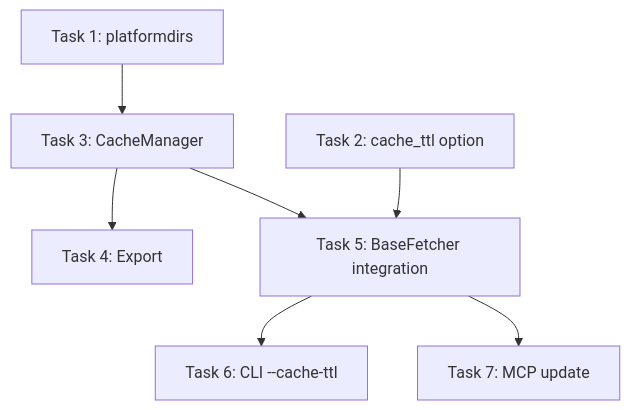
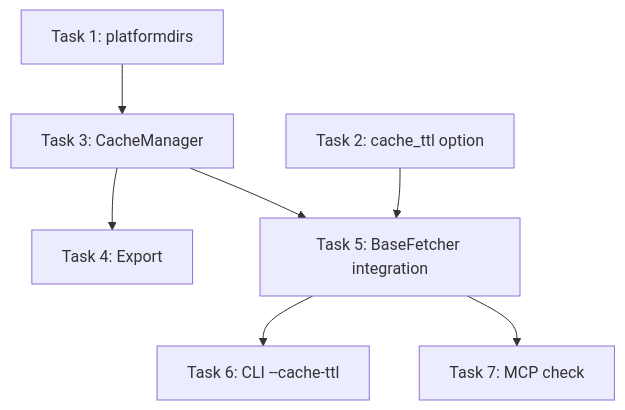
One commit to sentosango/conget changed the diagram in .ai-factory/plans/feature-cache-manager.md. Above: the diagram before and after it, drawn with Mermaid. The commit also changed other lines of this file, not shown here.

Commit message:
docs: add run_cli() to --cache-ttl task in plan

````diff
--- a/.ai-factory/plans/feature-cache-manager.md
+++ b/.ai-factory/plans/feature-cache-manager.md
@@ -101,17 +101,17 @@
 ```mermaid
 graph TD
     T1[Task 1: platformdirs]
     T2[Task 2: cache_ttl option]
     T3[Task 3: CacheManager]
     T4[Task 4: Export]
     T5[Task 5: BaseFetcher integration]
     T6[Task 6: CLI --cache-ttl]
-    T7[Task 7: MCP update]
+    T7[Task 7: MCP check]
 
     T1 --> T3
     T2 --> T5
     T3 --> T4
     T3 --> T5
     T5 --> T6
     T5 --> T7
 ```
````
